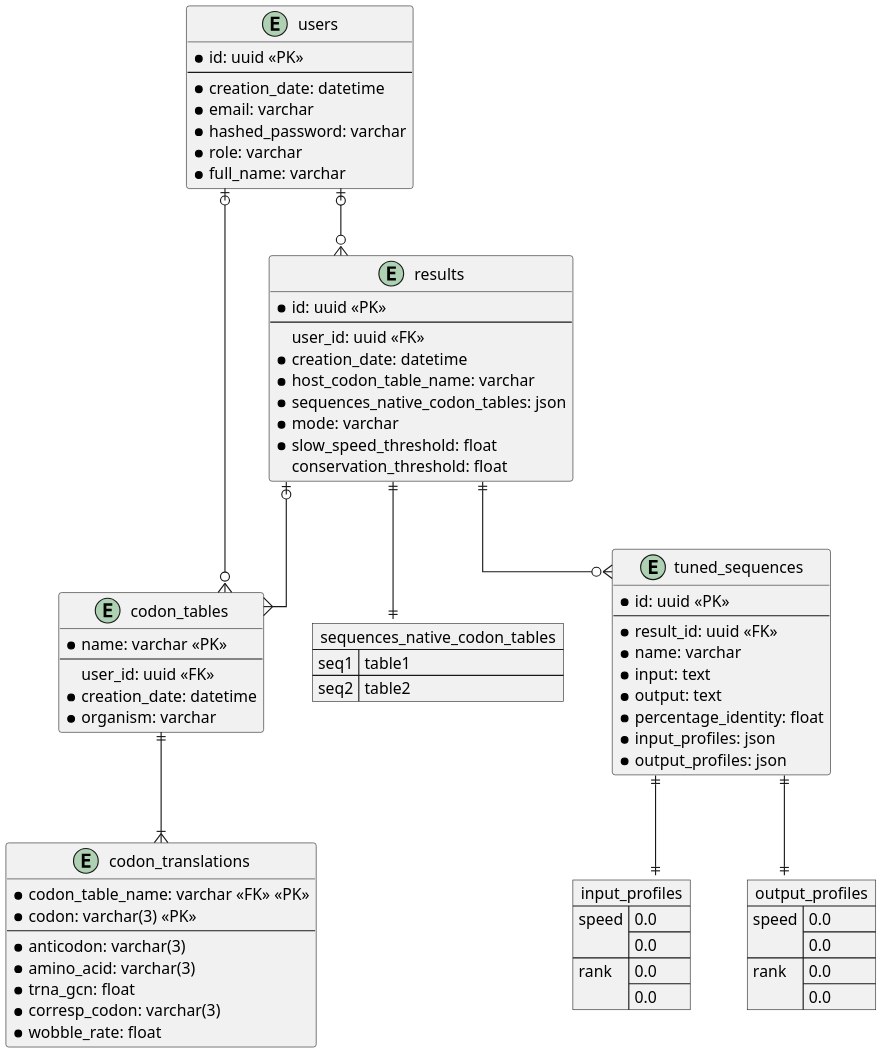
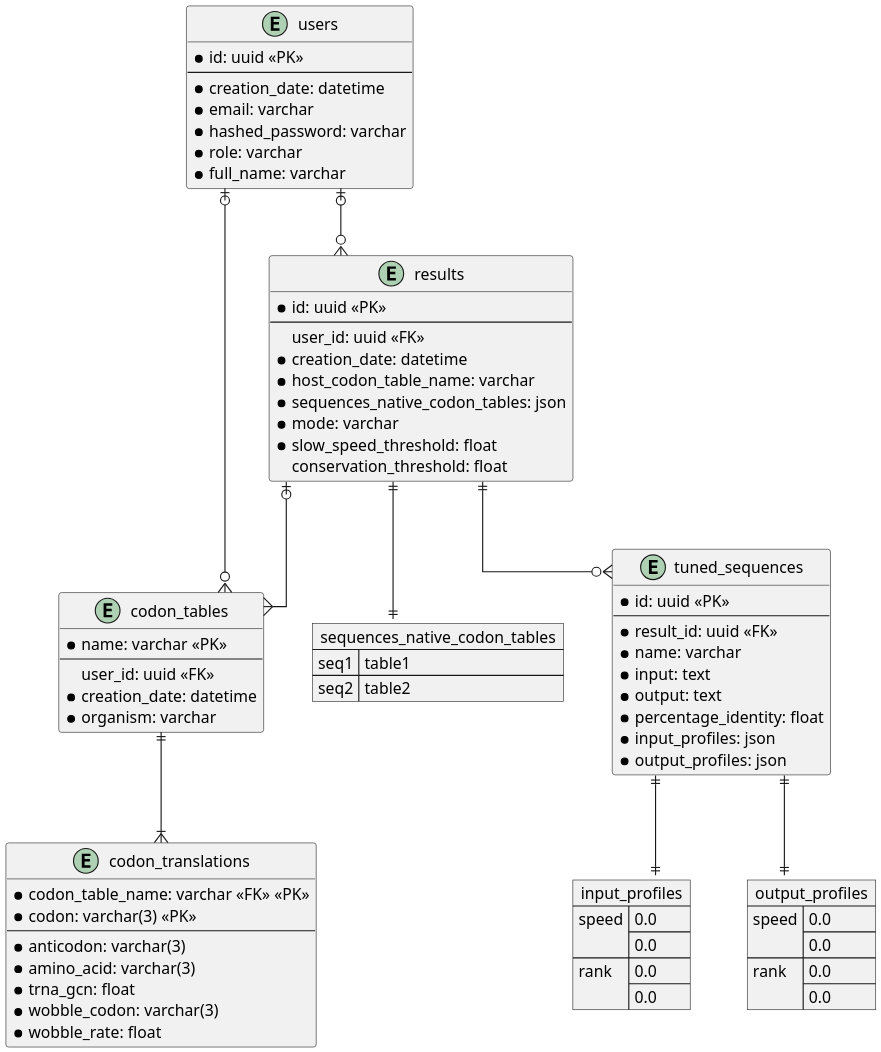
One commit to tbonnabaud/expressinhost_web changed the diagram in documentation/db_schema.puml. Above: the diagram before and after it, drawn with PlantUML. The commit also changed 21 other files, not shown here.

Commit message:
Rename corresp_codon to wobble_codon

```diff
--- a/documentation/db_schema.puml
+++ b/documentation/db_schema.puml
@@ -1,94 +1,94 @@
 @startuml db_schema
 skinparam linetype ortho
 skinparam dpi 200
 
 ' !theme amiga
 ' left to right direction
 ' skinparam BackgroundColor transparent
 
 entity users {
     * id: uuid <<PK>>
     --
     * creation_date: datetime
     * email: varchar
     * hashed_password: varchar
     * role: varchar
     * full_name: varchar
 }
 
 entity codon_tables {
     * name: varchar <<PK>>
     --
     user_id: uuid <<FK>>
     * creation_date: datetime
     * organism: varchar
 }
 
 entity codon_translations {
     * codon_table_name: varchar <<FK>> <<PK>>
     * codon: varchar(3) <<PK>>
     --
     * anticodon: varchar(3)
     * amino_acid: varchar(3)
     * trna_gcn: float
-    * corresp_codon: varchar(3)
+    * wobble_codon: varchar(3)
     * wobble_rate: float
 }
 
 entity results {
     * id: uuid <<PK>>
     --
     user_id: uuid <<FK>>
     * creation_date: datetime
     * host_codon_table_name: varchar
     * sequences_native_codon_tables: json
     * mode: varchar
     * slow_speed_threshold: float
     conservation_threshold: float
 }
 
 json sequences_native_codon_tables {
     "seq1": "table1",
     "seq2": "table2"
 }
 
 ' entity results_native_codon_tables {
 '     * result_id: uuid <<PK>> <<FK>>
 '     * sequence_name: varchar <<PK>>
 '     * codon_table_name: varchar <<PK>> <<FK>>
 ' }
 ' note right: Many to many relationship\nfor native codon tables\nand sequence names
 
 entity tuned_sequences {
     * id: uuid <<PK>>
     --
     * result_id: uuid <<FK>>
     * name: varchar
     * input: text
     * output: text
     * percentage_identity: float
     * input_profiles: json
     * output_profiles: json
 }
 
 json input_profiles {
     "speed": [0.0, 0.0],
     "rank": [0.0, 0.0]
 }
 
 json output_profiles {
     "speed": [0.0, 0.0],
     "rank": [0.0, 0.0]
 }
 
 users |o--o{ results
 users |o--o{ codon_tables
 results ||--o{ tuned_sequences
 results |o--{ codon_tables
 results ||--|| sequences_native_codon_tables
 ' results }|--|{ results_native_codon_tables
 ' codon_tables }|--|{ results_native_codon_tables
 tuned_sequences ||--|| input_profiles
 tuned_sequences ||--|| output_profiles
 codon_tables ||--|{ codon_translations
 @enduml
```
